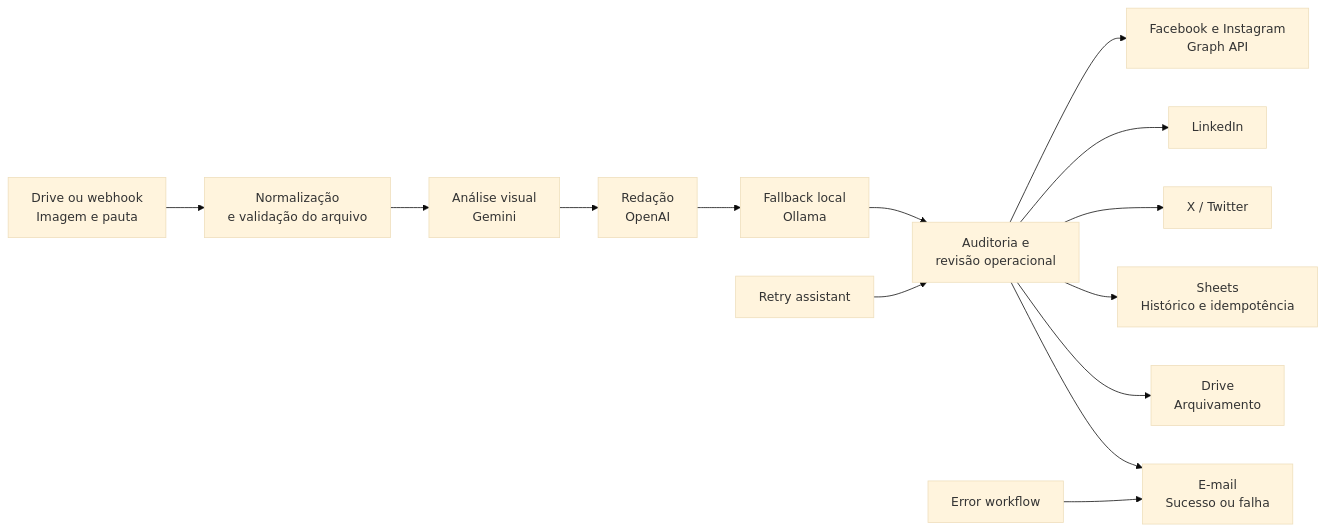
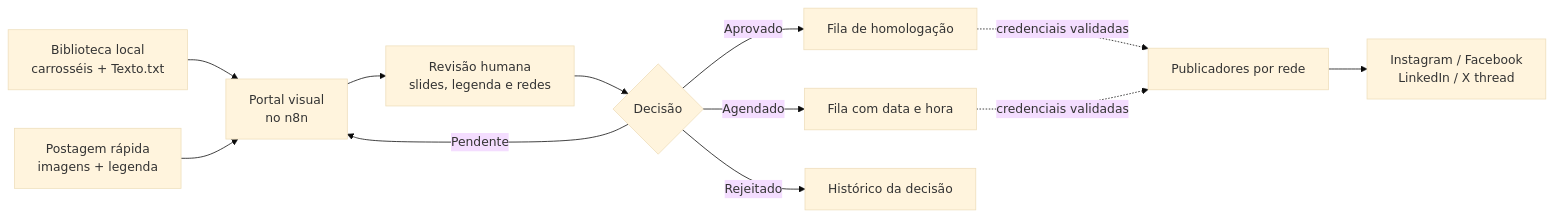
One commit to Mayconxzdev/PostagemRedes changed the diagram in README.md. Above: the diagram before and after it, drawn with Mermaid (base theme). The commit also changed other lines of this file and 12 other files, not shown here.

Commit message:
feat: adicionar portal visual de aprovacao

````diff
--- a/README.md
+++ b/README.md
@@ -15,16 +11,14 @@
 ```mermaid
 flowchart LR
-    A["Drive ou webhook\nImagem e pauta"] --> B["Normalização\ne validação do arquivo"]
-    B --> C["Análise visual\nGemini"]
-    C --> D["Redação\nOpenAI"]
-    D --> E["Fallback local\nOllama"]
-    E --> F["Auditoria e\nrevisão operacional"]
-    F --> G["Facebook e Instagram\nGraph API"]
-    F --> H["LinkedIn"]
-    F --> I["X / Twitter"]
-    F --> J["Sheets\nHistórico e idempotência"]
-    F --> K["Drive\nArquivamento"]
-    F --> L["E-mail\nSucesso ou falha"]
-    M["Error workflow"] --> L
-    N["Retry assistant"] --> F
+    A["Biblioteca local\ncarrosséis + Texto.txt"] --> B["Portal visual\nno n8n"]
+    C["Postagem rápida\nimagens + legenda"] --> B
+    B --> D["Revisão humana\nslides, legenda e redes"]
+    D --> E{"Decisão"}
+    E -->|Pendente| B
+    E -->|Aprovado| F["Fila de homologação"]
+    E -->|Agendado| G["Fila com data e hora"]
+    E -->|Rejeitado| H["Histórico da decisão"]
+    F -. "credenciais validadas" .-> I["Publicadores por rede"]
+    G -. "credenciais validadas" .-> I
+    I --> J["Instagram / Facebook\nLinkedIn / X thread"]
 ```
````
